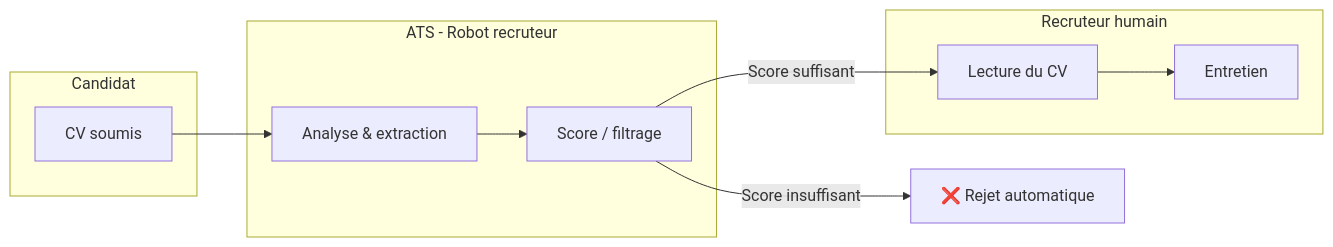
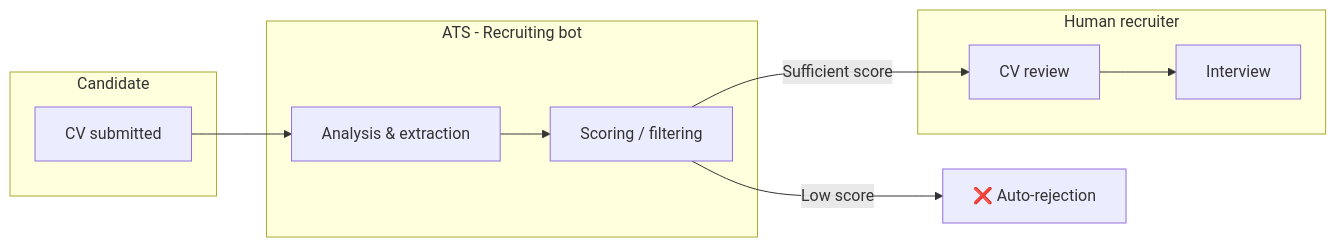
One commit to kouame09/Fiiltr changed the first of 2 diagrams in README.md. Above: the diagram before and after it, drawn with Mermaid. The commit also changed other lines of this file, not shown here.

````diff
--- a/README.md
+++ b/README.md
@@ -62,22 +62,22 @@
 ```mermaid
 flowchart LR
-  subgraph candidat [Candidat]
-    CV[CV soumis]
+  subgraph candidate [Candidate]
+    CV[CV submitted]
   end
 
-  subgraph ats [ATS - Robot recruteur]
-    Parse[Analyse & extraction]
-    Score[Score / filtrage]
+  subgraph ats [ATS - Recruiting bot]
+    Parse[Analysis & extraction]
+    Score[Scoring / filtering]
   end
 
-  subgraph humain [Recruteur humain]
-    Review[Lecture du CV]
-    Interview[Entretien]
+  subgraph human [Human recruiter]
+    Review[CV review]
+    Interview[Interview]
   end
 
   CV --> Parse
   Parse --> Score
-  Score -->|Score insuffisant| Rejet[❌ Rejet automatique]
-  Score -->|Score suffisant| Review
+  Score -->|Low score| Reject[❌ Auto-rejection]
+  Score -->|Sufficient score| Review
   Review --> Interview
 ```
````
